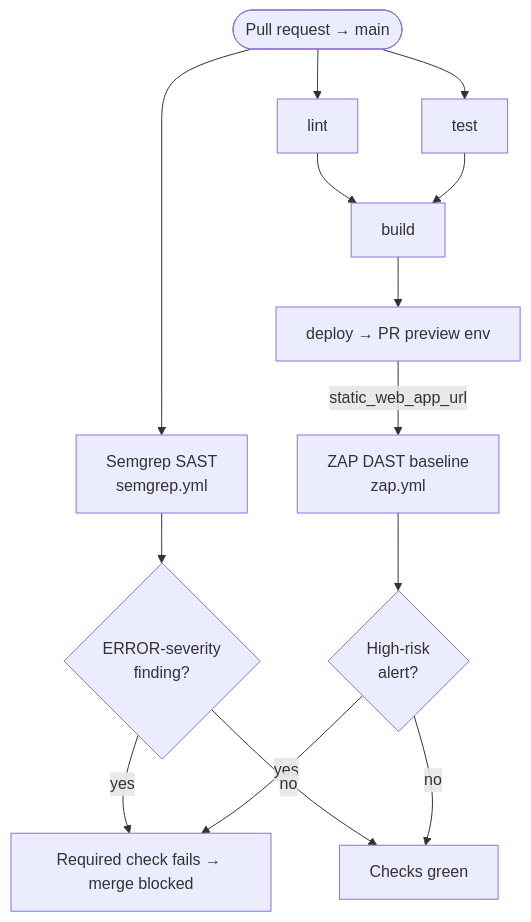
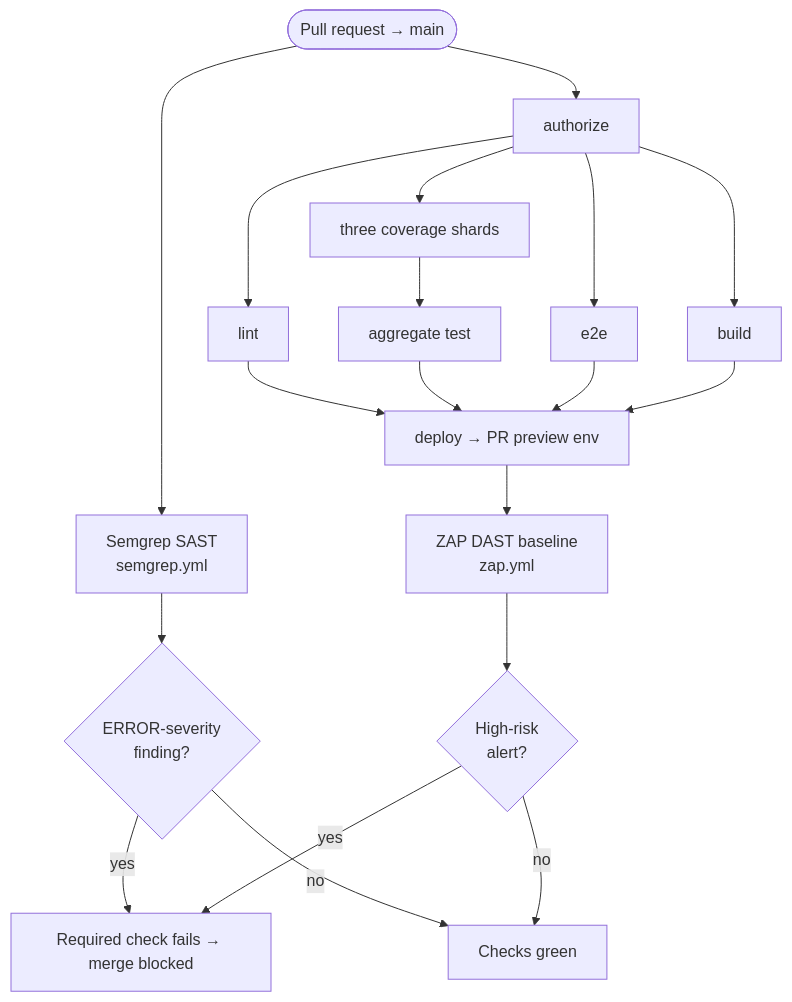
The diagram in DOCS/operations/security-scanning.md (RetireGolden/RetireGolden), drawn with Mermaid before and after one commit. The commit also changed other lines of this file and 10 other files, not shown here.

````diff
--- a/DOCS/operations/security-scanning.md
+++ b/DOCS/operations/security-scanning.md
@@ -124,17 +126,22 @@
 ```mermaid
 flowchart TD
     PR([Pull request → main]) --> SEM[Semgrep SAST<br/>semgrep.yml]
-    PR --> LINT[lint]
-    PR --> TEST[test]
-    LINT --> BUILD[build]
-    TEST --> BUILD
-    BUILD --> DEPLOY[deploy → PR preview env]
-    DEPLOY -- static_web_app_url --> DAST[ZAP DAST baseline<br/>zap.yml]
+    PR --> AUTH[authorize]
+    AUTH --> LINT[lint]
+    AUTH --> SHARDS[three coverage shards]
+    AUTH --> E2E[e2e]
+    AUTH --> BUILD[build]
+    SHARDS --> TEST[aggregate test]
+    LINT --> DEPLOY[deploy → PR preview env]
+    TEST --> DEPLOY
+    E2E --> DEPLOY
+    BUILD --> DEPLOY
+    DEPLOY --> DAST[ZAP DAST baseline<br/>zap.yml]
 
     SEM --> SGATE{ERROR-severity<br/>finding?}
     DAST --> ZGATE{High-risk<br/>alert?}
     SGATE -- yes --> BLOCK[Required check fails → merge blocked]
     ZGATE -- yes --> BLOCK
     SGATE -- no --> OK[Checks green]
     ZGATE -- no --> OK
 ```
````
